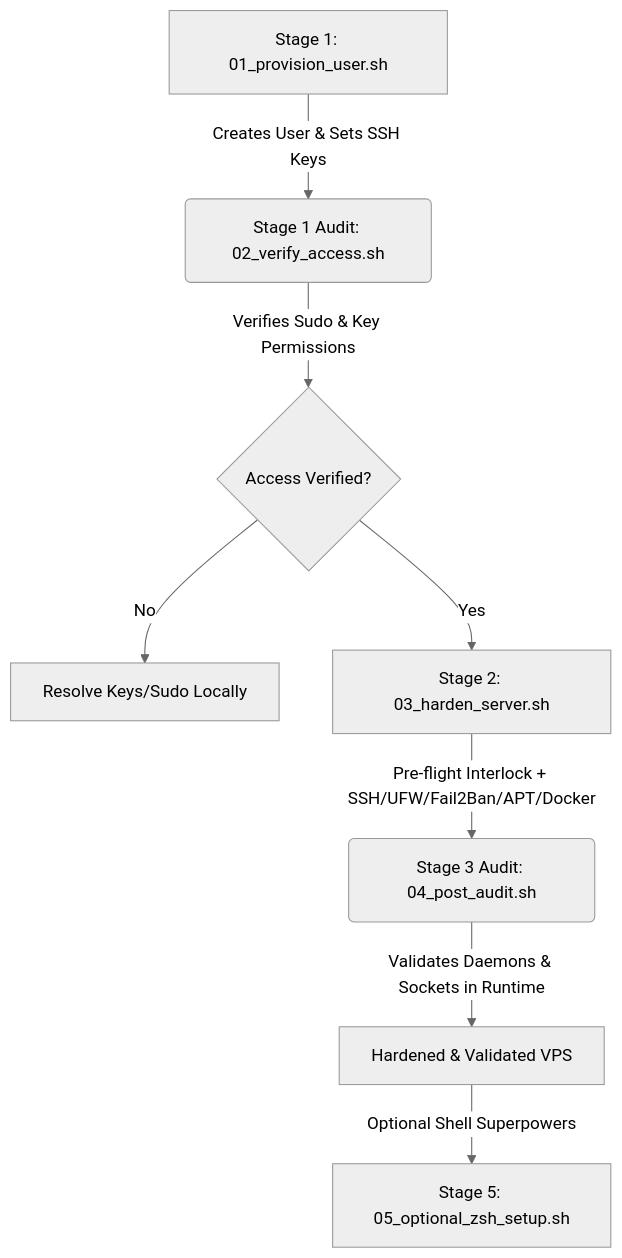
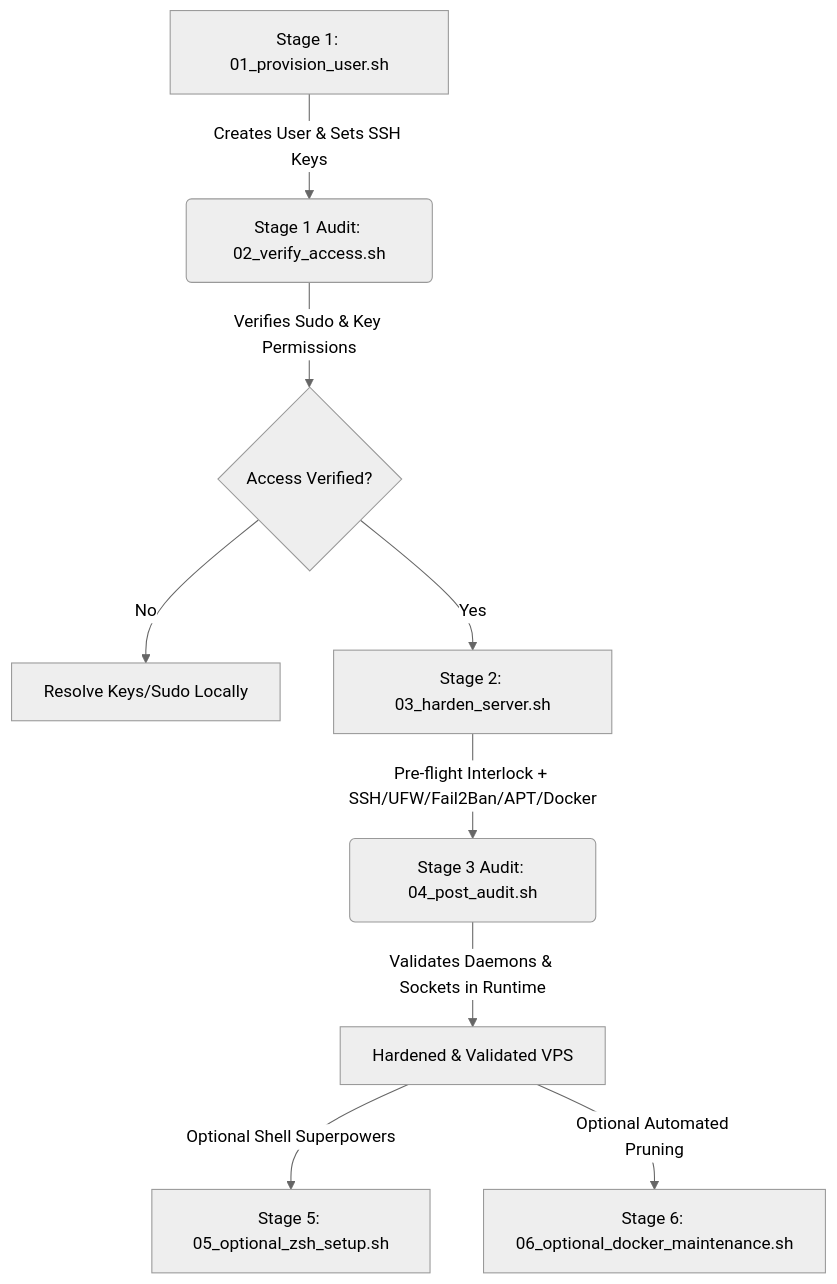
The diagram in scripts/OPERATIONAL_MANUAL.md (AdmilsonGoncalves/vps-hardening), drawn with Mermaid (neutral theme) before and after one commit. The commit also changed other lines of this file and 2 other files, not shown here.

First line of the commit message:
feat(scripts): add stage 6 optional docker maintenance script and doc… (#9)

````diff
--- a/scripts/OPERATIONAL_MANUAL.md
+++ b/scripts/OPERATIONAL_MANUAL.md
@@ -38,10 +38,11 @@
 ```mermaid
 graph TD
     A[Stage 1: 01_provision_user.sh] -->|Creates User & Sets SSH Keys| B(Stage 1 Audit: 02_verify_access.sh)
     B -->|Verifies Sudo & Key Permissions| C{Access Verified?}
     C -- No --> D[Resolve Keys/Sudo Locally]
     C -- Yes --> E[Stage 2: 03_harden_server.sh]
     E -->|Pre-flight Interlock + SSH/UFW/Fail2Ban/APT/Docker| F(Stage 3 Audit: 04_post_audit.sh)
     F -->|Validates Daemons & Sockets in Runtime| G[Hardened & Validated VPS]
     G -->|Optional Shell Superpowers| H[Stage 5: 05_optional_zsh_setup.sh]
+    G -->|Optional Automated Pruning| I[Stage 6: 06_optional_docker_maintenance.sh]
 ```
````
